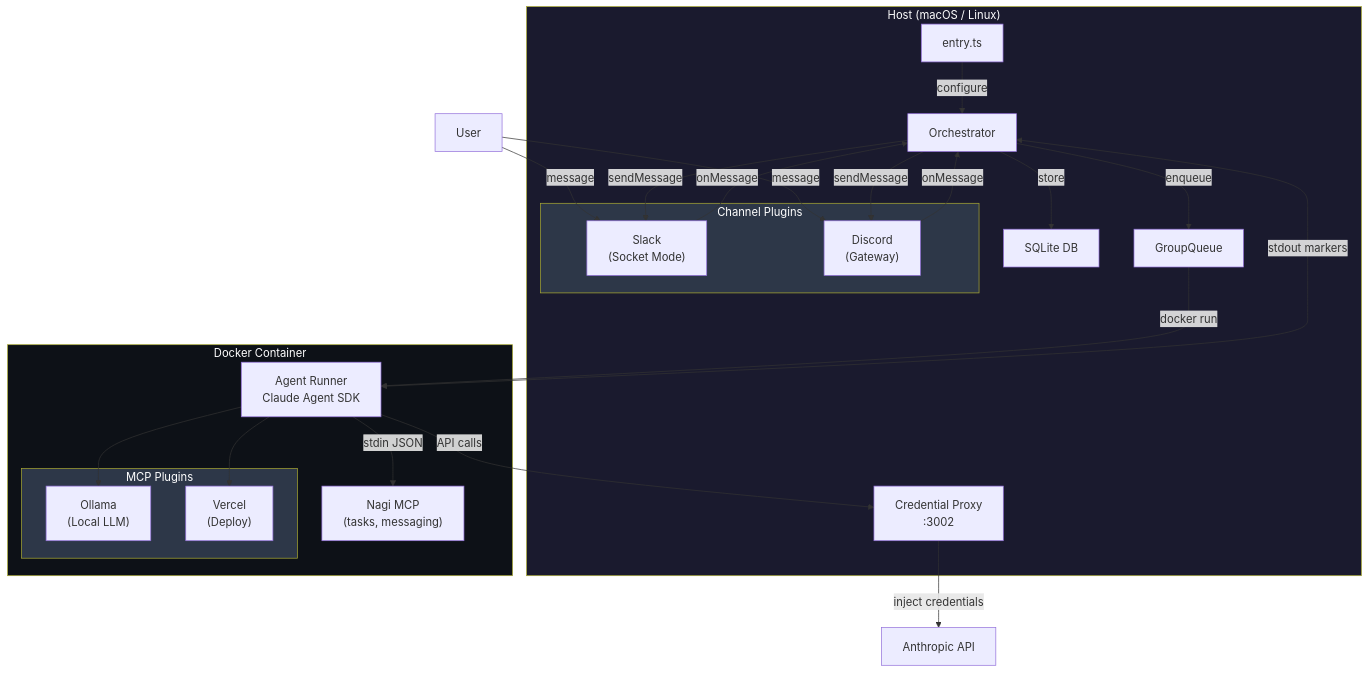
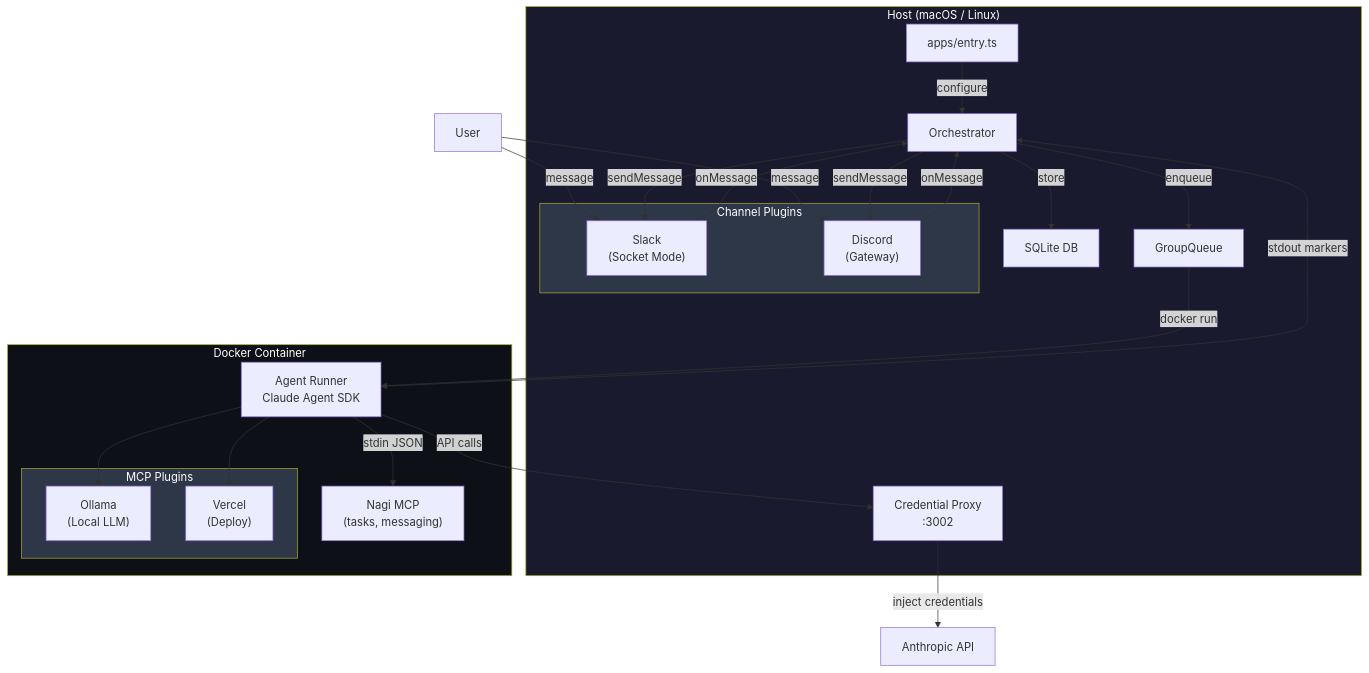
Before and after one commit to yukihirop/nagi: the first of 3 diagrams in docs/architecture.md, drawn with Mermaid. The commit also changed other lines of this file and 15 other files, not shown here.

First line of the commit message:
Move entry.ts and entry.template.ts to apps/ directory

````diff
--- a/docs/architecture.md
+++ b/docs/architecture.md
@@ -5,43 +5,43 @@
 ```mermaid
 graph TB
     subgraph Host["Host (macOS / Linux)"]
-        Entry["entry.ts"]
+        Entry["apps/entry.ts"]
         Orch["Orchestrator"]
         Proxy["Credential Proxy<br/>:3002"]
         DB["SQLite DB"]
         Queue["GroupQueue"]
 
         subgraph Channels["Channel Plugins"]
             Slack["Slack<br/>(Socket Mode)"]
             Discord["Discord<br/>(Gateway)"]
         end
     end
 
     subgraph Docker["Docker Container"]
         Agent["Agent Runner<br/>Claude Agent SDK"]
         IPC_MCP["Nagi MCP<br/>(tasks, messaging)"]
 
         subgraph MCP["MCP Plugins"]
             Ollama["Ollama<br/>(Local LLM)"]
             Vercel["Vercel<br/>(Deploy)"]
         end
     end
 
     User["User"] -->|message| Slack & Discord
     Slack & Discord -->|onMessage| Orch
     Orch -->|store| DB
     Orch -->|enqueue| Queue
     Queue -->|docker run| Agent
     Agent -->|stdin JSON| IPC_MCP
     Agent <-->|stdout markers| Orch
     Agent --> Ollama & Vercel
     Agent -->|API calls| Proxy
     Proxy -->|inject credentials| API["Anthropic API"]
     Orch -->|sendMessage| Slack & Discord
     Entry -->|configure| Orch
 
     style Host fill:#1a1a2e,color:#fff
     style Docker fill:#0d1117,color:#fff
     style Channels fill:#2d3748,color:#fff
     style MCP fill:#2d3748,color:#fff
 ```
````
